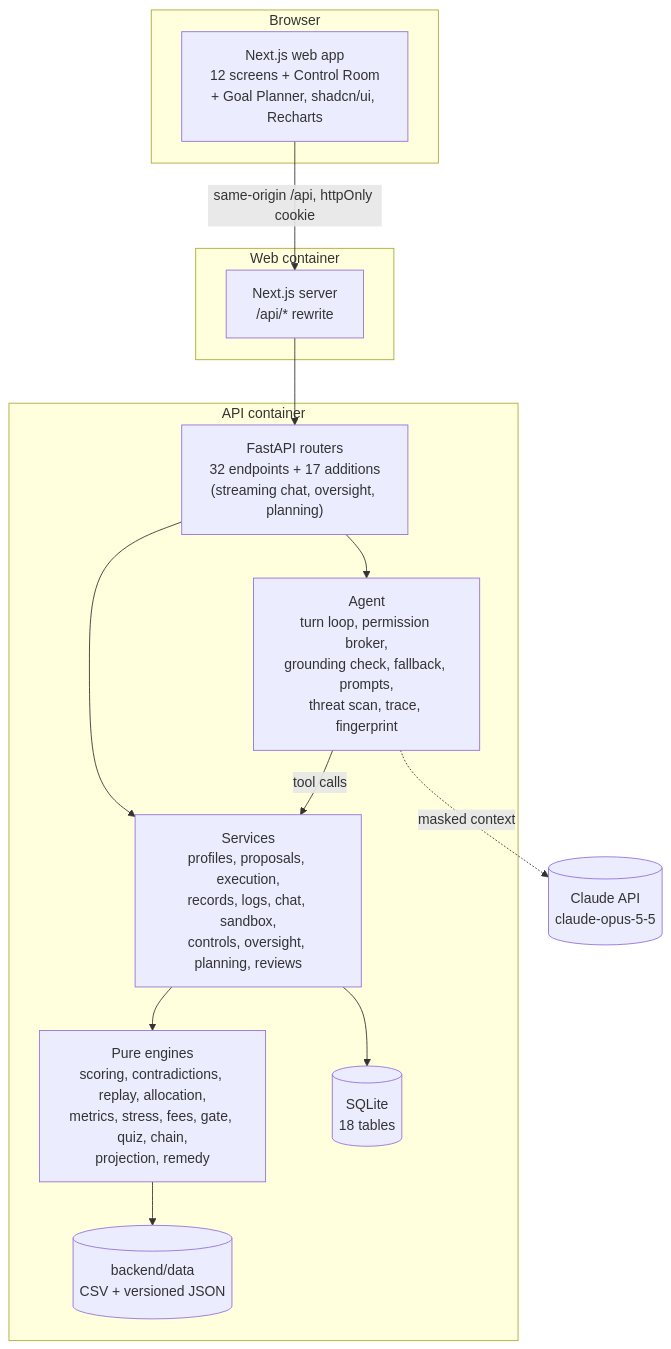
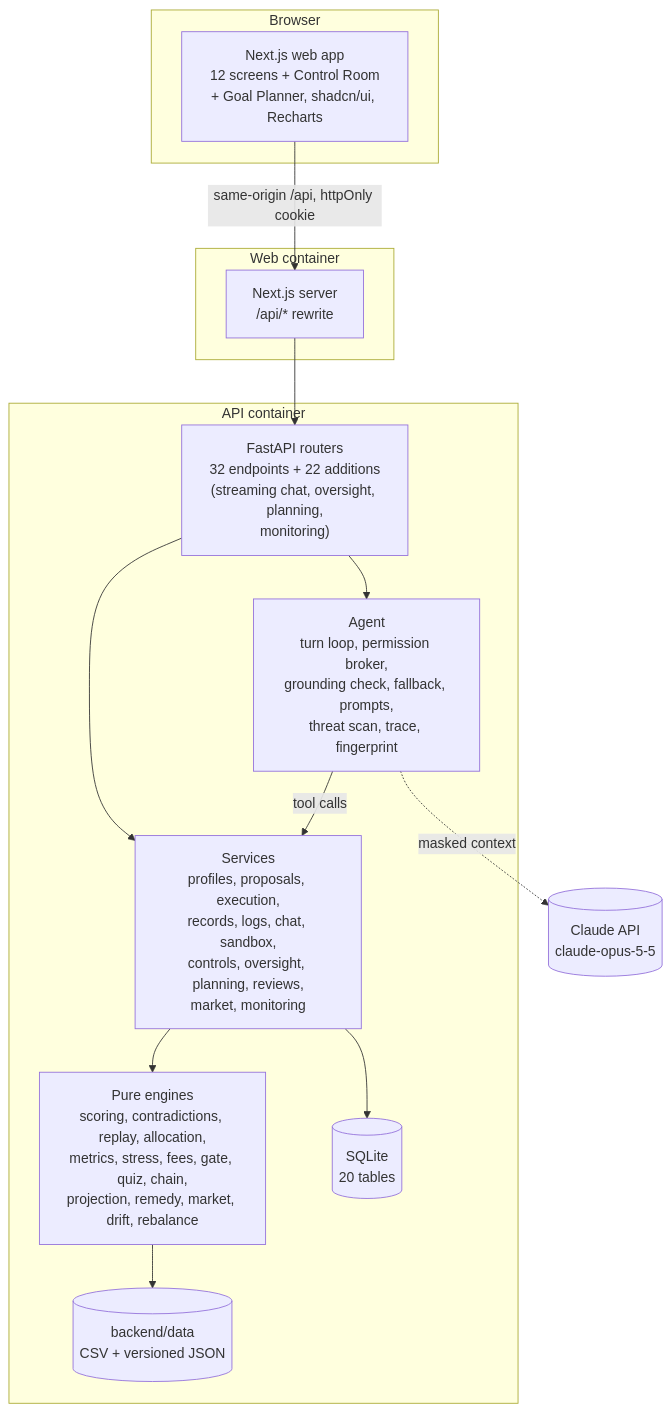
The first of 2 diagrams in docs/technical-documentation.md (joynto7/Aegis-Wealth-AI), drawn with Mermaid before and after one commit. The commit also changed other lines of this file and 15 other files, not shown here.

````diff
--- a/docs/technical-documentation.md
+++ b/docs/technical-documentation.md
@@ -11,25 +11,25 @@
 ```mermaid
 flowchart TB
   subgraph Browser
     UI["Next.js web app<br/>12 screens + Control Room<br/>+ Goal Planner, shadcn/ui, Recharts"]
   end
   subgraph Web container
     Next["Next.js server<br/>/api/* rewrite"]
   end
   subgraph API container
-    Routers["FastAPI routers<br/>32 endpoints + 17 additions<br/>(streaming chat, oversight, planning)"]
-    Services["Services<br/>profiles, proposals, execution,<br/>records, logs, chat, sandbox,<br/>controls, oversight, planning, reviews"]
-    Engines["Pure engines<br/>scoring, contradictions, replay, allocation,<br/>metrics, stress, fees, gate, quiz, chain,<br/>projection, remedy"]
+    Routers["FastAPI routers<br/>32 endpoints + 22 additions<br/>(streaming chat, oversight, planning,<br/>monitoring)"]
+    Services["Services<br/>profiles, proposals, execution,<br/>records, logs, chat, sandbox,<br/>controls, oversight, planning, reviews,<br/>market, monitoring"]
+    Engines["Pure engines<br/>scoring, contradictions, replay, allocation,<br/>metrics, stress, fees, gate, quiz, chain,<br/>projection, remedy, market, drift, rebalance"]
     Agent["Agent<br/>turn loop, permission broker,<br/>grounding check, fallback, prompts,<br/>threat scan, trace, fingerprint"]
     Data[("backend/data<br/>CSV + versioned JSON")]
-    DB[("SQLite<br/>18 tables")]
+    DB[("SQLite<br/>20 tables")]
   end
   Claude[("Claude API<br/>claude-opus-5-5")]
 
   UI -- "same-origin /api, httpOnly cookie" --> Next --> Routers
   Routers --> Services --> Engines
   Engines --> Data
   Routers --> Agent -- "tool calls" --> Services
   Agent -. "masked context" .-> Claude
   Services --> DB
 ```
````
